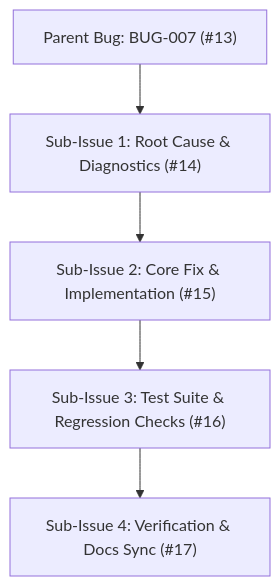
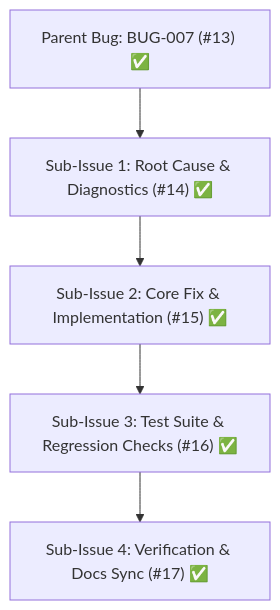
The first of 2 diagrams in .agents/bugs/BUG-007-plugin-repositories-database-backed.md (HELIX-Origin/HELIX-Discord-Bot), drawn with Mermaid before and after one commit. The commit also changed other lines of this file and 46 other files, not shown here.

````diff
--- a/.agents/bugs/BUG-007-plugin-repositories-database-backed.md
+++ b/.agents/bugs/BUG-007-plugin-repositories-database-backed.md
@@ -16,7 +17,7 @@
 ```mermaid
 flowchart TD
-    Parent["Parent Bug: BUG-007 (#13)"] --> Sub1["Sub-Issue 1: Root Cause & Diagnostics (#14)"]
-    Sub1 --> Sub2["Sub-Issue 2: Core Fix & Implementation (#15)"]
-    Sub2 --> Sub3["Sub-Issue 3: Test Suite & Regression Checks (#16)"]
-    Sub3 --> Sub4["Sub-Issue 4: Verification & Docs Sync (#17)"]
+    Parent["Parent Bug: BUG-007 (#13) ✅"] --> Sub1["Sub-Issue 1: Root Cause & Diagnostics (#14) ✅"]
+    Sub1 --> Sub2["Sub-Issue 2: Core Fix & Implementation (#15) ✅"]
+    Sub2 --> Sub3["Sub-Issue 3: Test Suite & Regression Checks (#16) ✅"]
+    Sub3 --> Sub4["Sub-Issue 4: Verification & Docs Sync (#17) ✅"]
 ```
````
